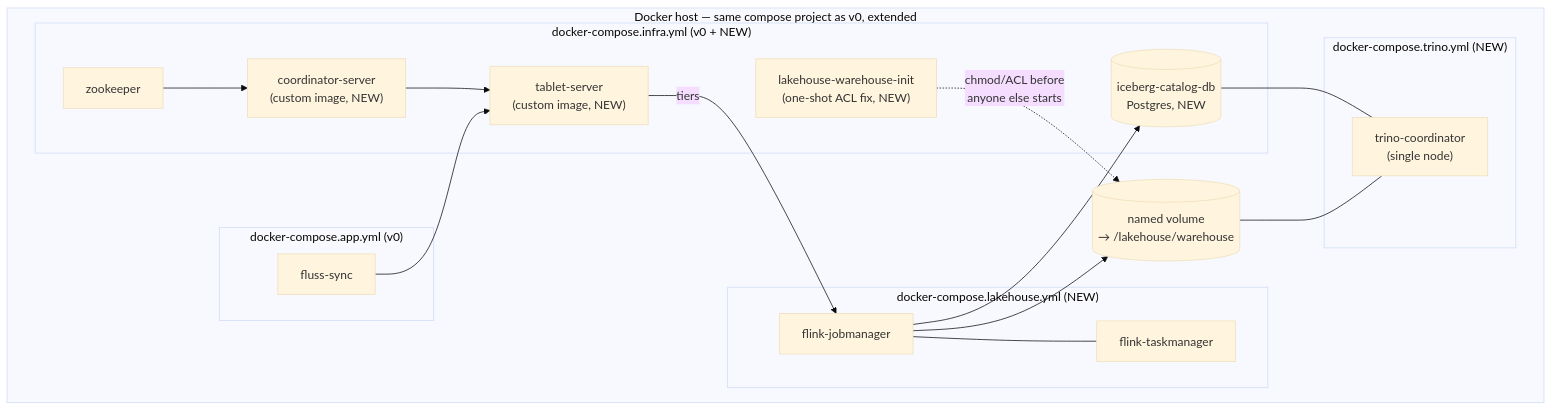
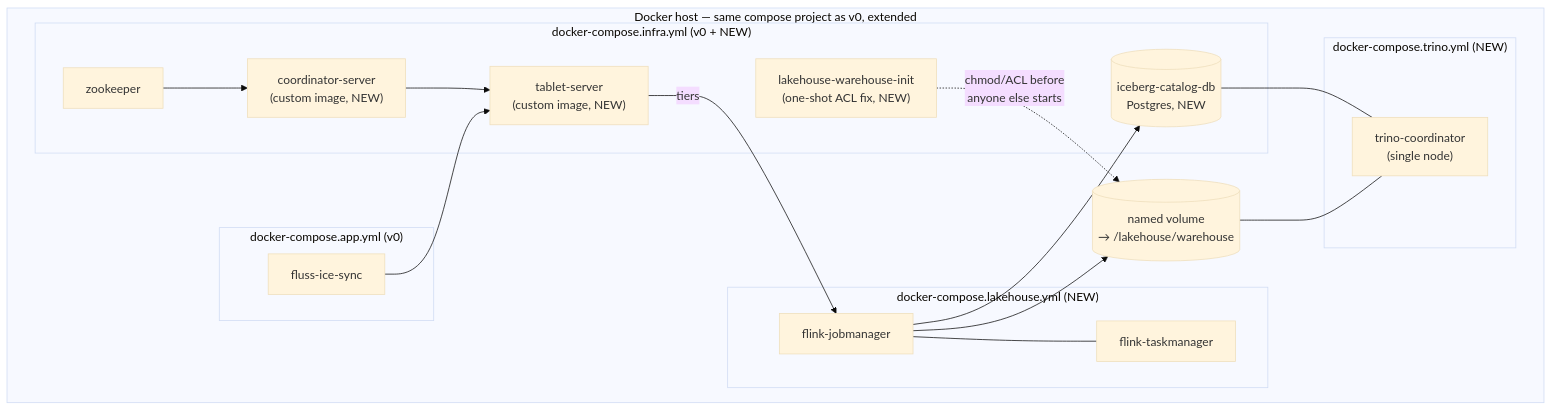
Before and after one commit to avikbesu/fluss-ice-sync: the second of 2 diagrams in doc/design/v1-trino-integration-design.md, drawn with Mermaid (base theme). The commit also changed other lines of this file and 11 other files, not shown here.

First line of the commit message:
Rename project from fluss-sync to fluss-ice-sync

````diff
--- a/doc/design/v1-trino-integration-design.md
+++ b/doc/design/v1-trino-integration-design.md
@@ -628,29 +628,29 @@
 ```mermaid
 flowchart TB
     subgraph HOST["Docker host — same compose project as v0, extended"]
         subgraph INFRA["docker-compose.infra.yml (v0 + NEW)"]
             ZK["zookeeper"] --> CS["coordinator-server<br/>(custom image, NEW)"] --> TS["tablet-server<br/>(custom image, NEW)"]
             PG[("iceberg-catalog-db<br/>Postgres, NEW")]
             INIT["lakehouse-warehouse-init<br/>(one-shot ACL fix, NEW)"]
         end
         subgraph APP["docker-compose.app.yml (v0)"]
-            FS["fluss-sync"]
+            FS["fluss-ice-sync"]
         end
         subgraph LAKE["docker-compose.lakehouse.yml (NEW)"]
             JM["flink-jobmanager"] --- TM["flink-taskmanager"]
         end
         subgraph TRINOC["docker-compose.trino.yml (NEW)"]
             TC["trino-coordinator<br/>(single node)"]
         end
 
         WHVOL[("named volume<br/>→ /lakehouse/warehouse")]
 
         FS --> TS
         TS -->|tiers| JM
         JM --> WHVOL
         JM --> PG
         WHVOL --- TC
         PG --- TC
         INIT -.->|"chmod/ACL before<br/>anyone else starts"| WHVOL
     end
 ```
````
